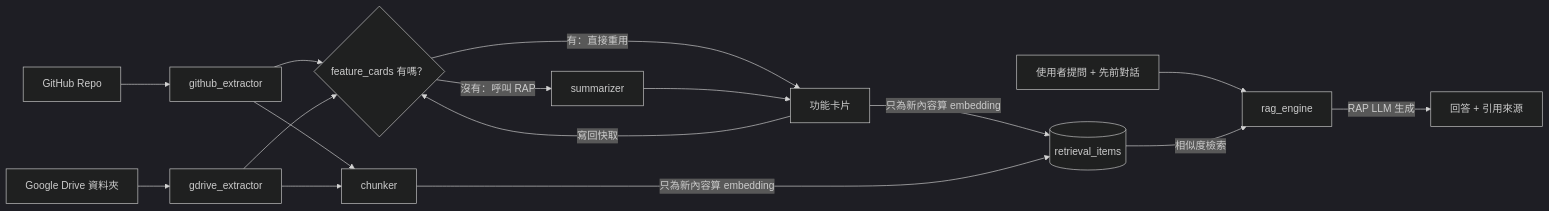
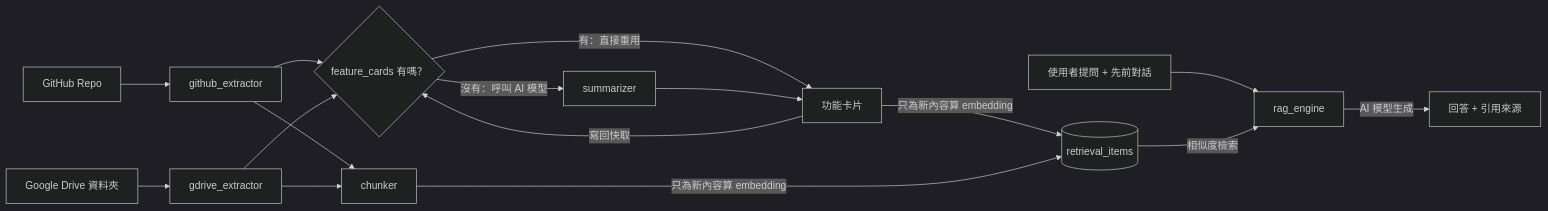
One commit to OogaryoO/PMEC_tool changed the second of 2 diagrams in README.md. Above: the diagram before and after it, drawn with Mermaid (dark theme). The commit also changed other lines of this file and 7 other files, not shown here.

First line of the commit message:
G6: Microsoft 365 connector (Microsoft Graph, folder scope, paging, permissions); docs for G1-G7

````diff
--- a/README.md
+++ b/README.md
@@ -55,13 +73,13 @@
 ```mermaid
 flowchart LR
     A[GitHub Repo] --> B[github_extractor]
     J[Google Drive 資料夾] --> K[gdrive_extractor]
     B & K --> Z{feature_cards 有嗎？}
     Z -->|有：直接重用| D[功能卡片]
-    Z -->|沒有：呼叫 RAP| C[summarizer] --> D
+    Z -->|沒有：呼叫 AI 模型| C[summarizer] --> D
     D -->|寫回快取| Z
     B & K --> CH[chunker]
     D & CH -->|只為新內容算 embedding| E[(retrieval_items)]
     F[使用者提問 + 先前對話] --> G[rag_engine]
-    E -->|相似度檢索| G -->|RAP LLM 生成| H[回答 + 引用來源]
+    E -->|相似度檢索| G -->|AI 模型生成| H[回答 + 引用來源]
 ```
````
